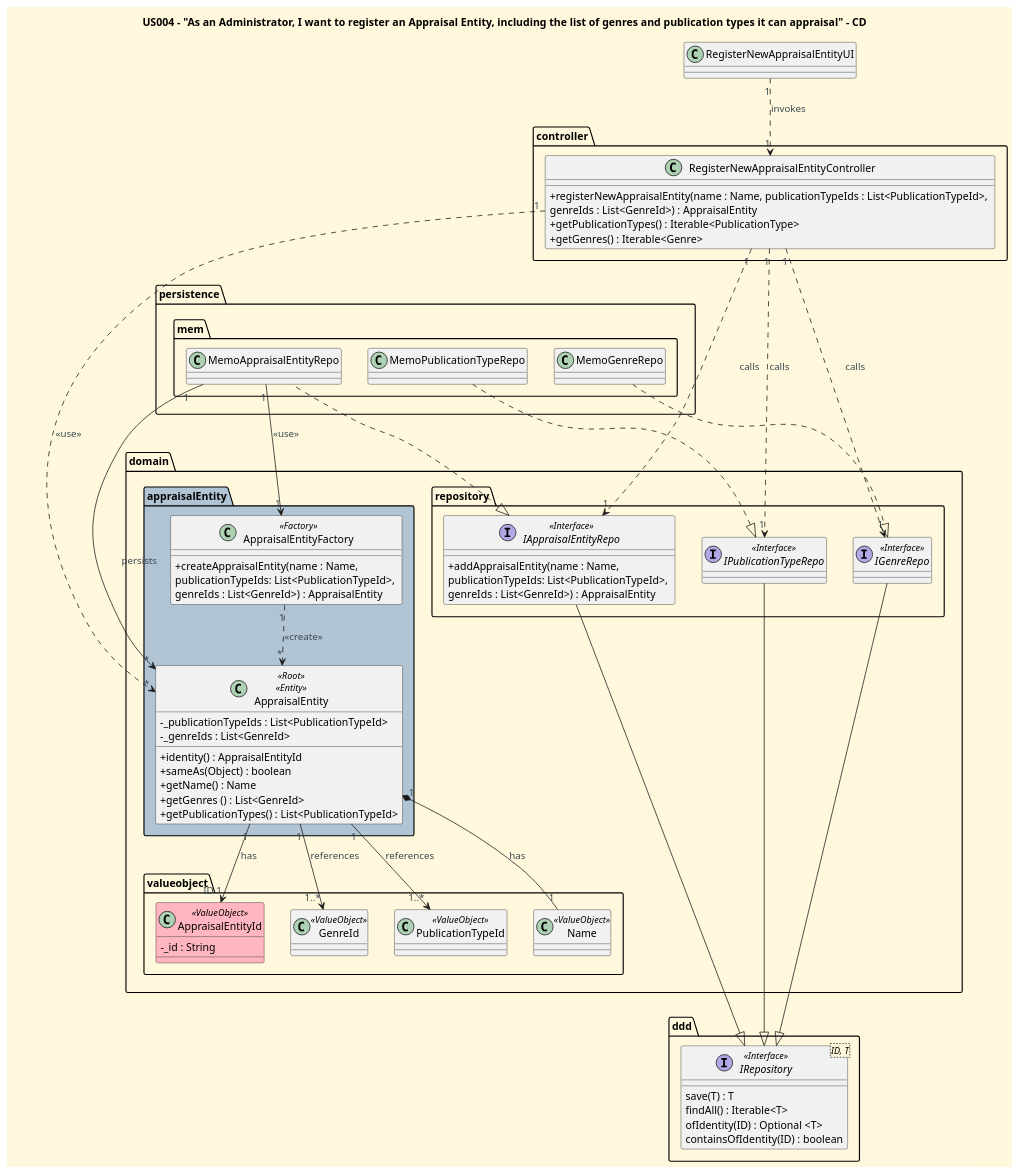
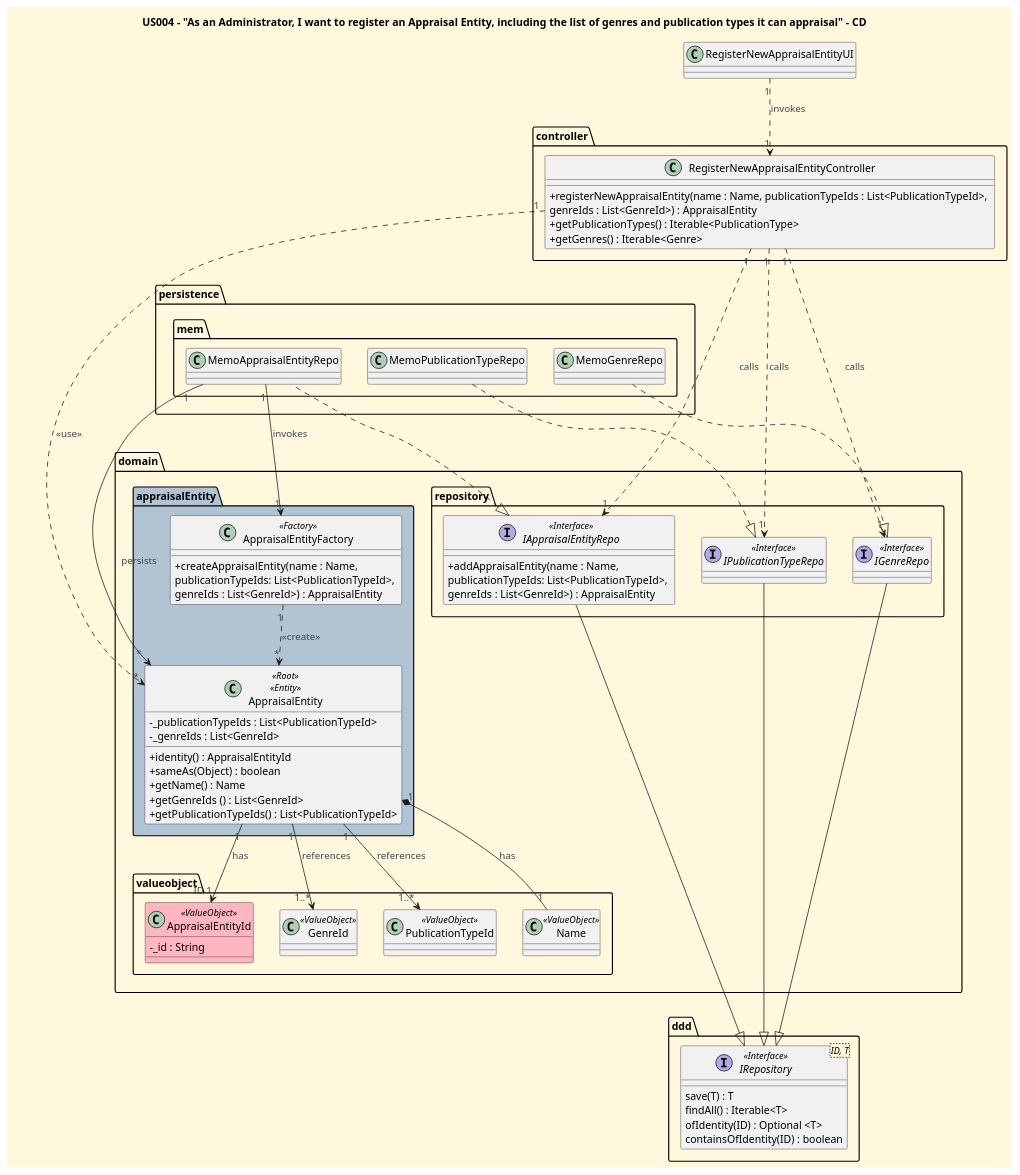
One commit to CarolinaLeite-collab/JavaMarketplacePlatform changed the diagram in docs/user-stories/US004/US004_register_new_appraisal_entity_CD.puml. Above: the diagram before and after it, drawn with PlantUML. The commit also changed 2 other files, not shown here.

Commit message:
fix: corrected SD and CD diagrams for US004 and US005 following pull request review by @mffcosta16 and @rafaelar27, refs #426 #521 #521

```diff
--- a/docs/user-stories/US004/US004_register_new_appraisal_entity_CD.puml
+++ b/docs/user-stories/US004/US004_register_new_appraisal_entity_CD.puml
@@ -1,158 +1,158 @@
 @startuml
 
 '==== Title ====
 title US004 - "As an Administrator, I want to register an Appraisal Entity, including the list of genres and publication types it can appraisal" - CD
 top to bottom direction
 
 
 '==== basic style ====
 skinparam monochrome false
 skinparam shadowing false
 skinparam defaultFontName Futura
 skinparam objectFontSize 20
 skinparam backgroundColor CornSilk
 skinparam objectBackgroundColor WhiteSmoke
 skinparam noteBackgroundColor #FFFFE0
 skinparam ArrowFontColor #3B4953
 skinparam ActivationBackgroundColor black
 skinparam classAttributeIconSize 0
 
 
 ' ===== Domain =====
 class RegisterNewAppraisalEntityUI {
 }
 
 package "controller" {
 
     class RegisterNewAppraisalEntityController {
 
         + registerNewAppraisalEntity(name : Name, publicationTypeIds : List<PublicationTypeId>, \ngenreIds : List<GenreId>) : AppraisalEntity
         + getPublicationTypes() : Iterable<PublicationType>
         + getGenres() : Iterable<Genre>
 
     }
 
 }
 
 package "persistence" {
 
     package "mem" {
 
         class MemoAppraisalEntityRepo {
 
         }
 
         class MemoGenreRepo {
 
         }
 
         class MemoPublicationTypeRepo {
 
         }
 
     }
 
 }
 
 package "domain" {
     package "repository" {
 
         interface IAppraisalEntityRepo <<Interface>> {
         + addAppraisalEntity(name : Name, \npublicationTypeIds: List<PublicationTypeId>, \ngenreIds : List<GenreId>) : AppraisalEntity
 
         }
 
         interface IGenreRepo <<Interface>> {
 
         }
 
         interface IPublicationTypeRepo <<Interface>> {
 
         }
 
     }
 
     package "appraisalEntity" #b0c4d4 {
 
         class AppraisalEntity <<Root>> <<Entity>>{
             -_publicationTypeIds : List<PublicationTypeId>
             -_genreIds : List<GenreId>
 
             +identity() : AppraisalEntityId
             +sameAs(Object) : boolean
             +getName() : Name
-            +getGenres () : List<GenreId>
-            +getPublicationTypes() : List<PublicationTypeId>
+            +getGenreIds () : List<GenreId>
+            +getPublicationTypeIds() : List<PublicationTypeId>
         }
 
         class AppraisalEntityFactory <<Factory>> {
         + createAppraisalEntity(name : Name, \npublicationTypeIds: List<PublicationTypeId>, \ngenreIds : List<GenreId>) : AppraisalEntity
         }
 
     }
 
     Package "valueobject"  {
 
         '== Value Objects (Ids) ==
         class AppraisalEntityId <<ValueObject>> #LightPink {
         -_id : String
 
         }
 
         class GenreId <<ValueObject>> {
 
         }
 
         class PublicationTypeId <<ValueObject>> {
 
         }
         ' ===== Value Objects =====
         class Name <<ValueObject>> {
 
         }
 
     }
 
 }
 
 Package "ddd" {
 
     interface IRepository<ID, T> <<Interface>> {
     save(T) : T
     findAll() : Iterable<T>
     ofIdentity(ID) : Optional <T>
     containsOfIdentity(ID) : boolean
     }
 
 }
 
 
 '==== Interactions ====
 
 RegisterNewAppraisalEntityUI "1" ..> "1" RegisterNewAppraisalEntityController : invokes
 
 RegisterNewAppraisalEntityController "1" ..> "1" IGenreRepo : calls
 RegisterNewAppraisalEntityController "1" ..> "1" IPublicationTypeRepo : calls
 RegisterNewAppraisalEntityController "1" ..> "1" IAppraisalEntityRepo : calls
 RegisterNewAppraisalEntityController "1" ....> "*" AppraisalEntity : <<use>>
 
-MemoAppraisalEntityRepo "1" --> "1" AppraisalEntityFactory : <<use>>
+MemoAppraisalEntityRepo "1" --> "1" AppraisalEntityFactory : invokes
 
 AppraisalEntityFactory "1" ..> "*" AppraisalEntity : <<create>>
 
 AppraisalEntity "1" --> "ID 1" AppraisalEntityId : has
 AppraisalEntity "1" --> "1..*" GenreId : references
 AppraisalEntity "1" --> "1..*" PublicationTypeId : references
 AppraisalEntity "1" *-- "1" Name : has
 AppraisalEntity "*" <- "1" MemoAppraisalEntityRepo : persists
 
 IAppraisalEntityRepo <|.. MemoAppraisalEntityRepo
 MemoGenreRepo ..|> IGenreRepo
 MemoPublicationTypeRepo ..|> IPublicationTypeRepo
 
 IAppraisalEntityRepo ----|> IRepository
 IPublicationTypeRepo -|> IRepository
 IGenreRepo -|> IRepository
 
 
 @enduml
```
